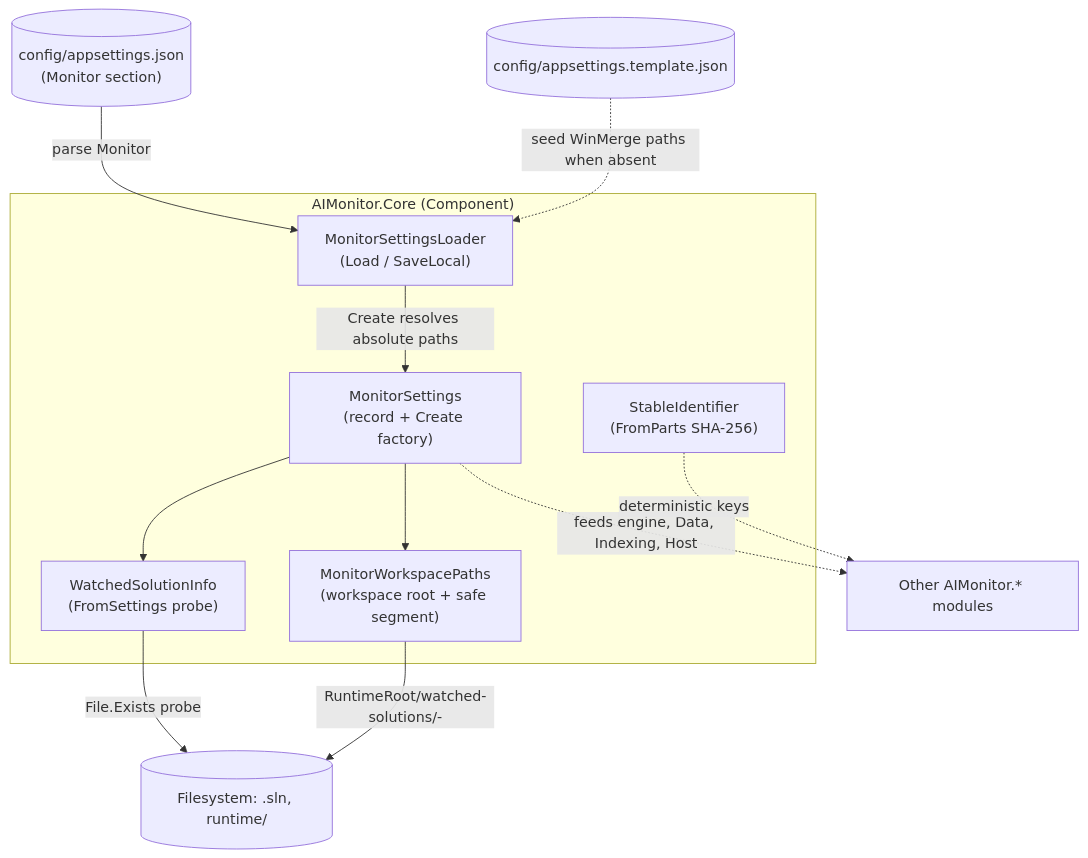
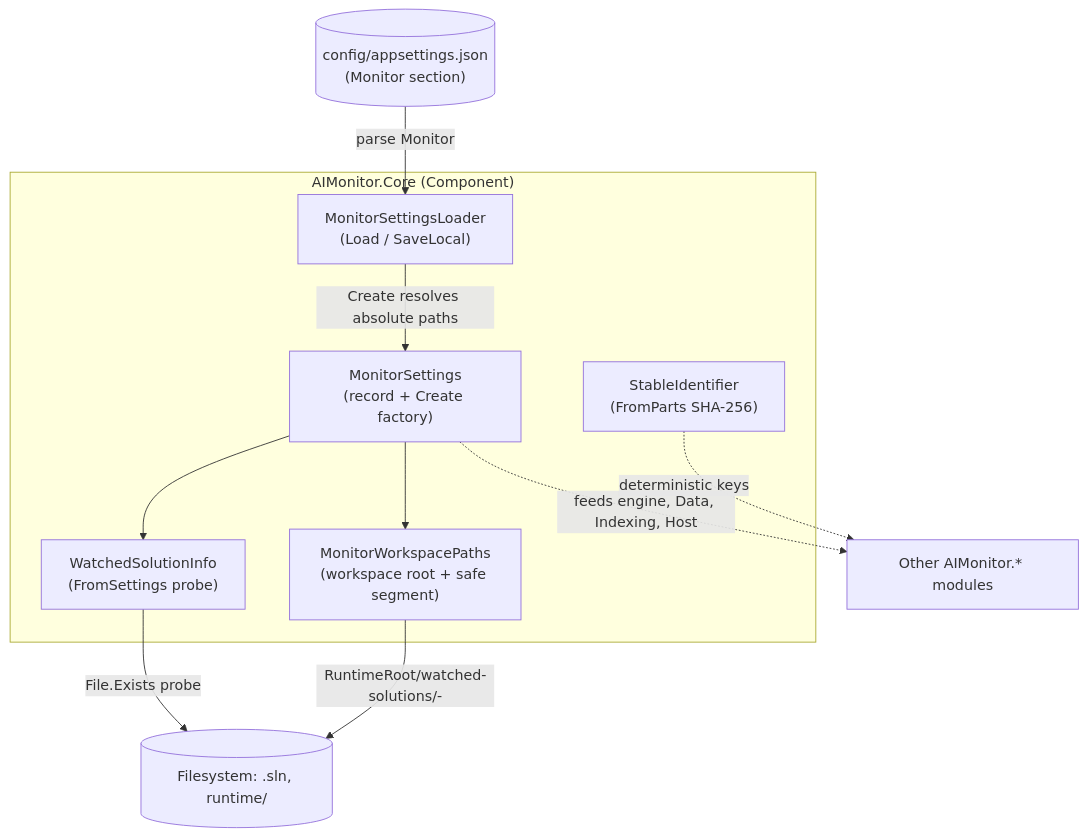
The first of 3 diagrams in docs/components/AIMonitor.Core.md (rdavi10471a2/ClaudeWorkbench), drawn with Mermaid before and after one commit. The commit also changed other lines of this file and 4 other files, not shown here.

````diff
--- a/docs/components/AIMonitor.Core.md
+++ b/docs/components/AIMonitor.Core.md
@@ -27,24 +27,22 @@
 ```mermaid
 flowchart TD
     subgraph core["AIMonitor.Core (Component)"]
         loader["MonitorSettingsLoader\n(Load / SaveLocal)"]
         settings["MonitorSettings\n(record + Create factory)"]
         wsinfo["WatchedSolutionInfo\n(FromSettings probe)"]
         paths["MonitorWorkspacePaths\n(workspace root + safe segment)"]
         ident["StableIdentifier\n(FromParts SHA-256)"]
     end
 
     appsettings[("config/appsettings.json\n(Monitor section)")]
-    template[("config/appsettings.template.json")]
     disk[("Filesystem: .sln, runtime/")]
 
     appsettings -->|parse Monitor| loader
-    template -.->|seed WinMerge paths when absent| loader
     loader -->|Create resolves absolute paths| settings
     settings --> wsinfo
     settings --> paths
     wsinfo -->|File.Exists probe| disk
     paths -->|RuntimeRoot/watched-solutions/<name>-<hash>| disk
     settings -.->|feeds engine, Data, Indexing, Host| downstream["Other AIMonitor.* modules"]
     ident -.->|deterministic keys| downstream
 ```
````
